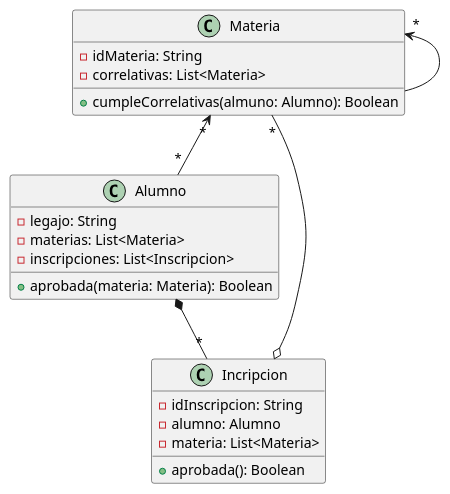
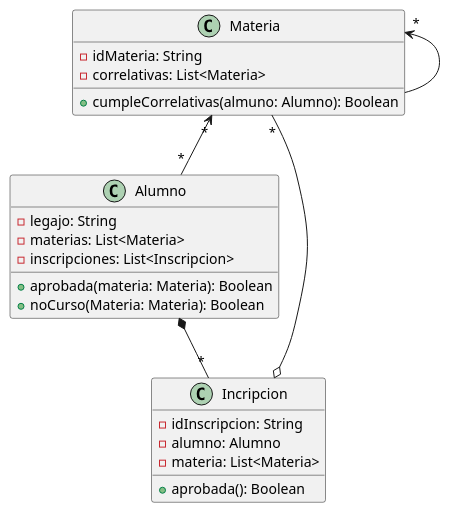
Before and after one commit to BrunoRodriguezzz/ValidadorCorrelativas: the diagram in src/main/java/domain/Class.puml, drawn with PlantUML. The commit also changed 1 other file, not shown here.

```diff
--- a/src/main/java/domain/Class.puml
+++ b/src/main/java/domain/Class.puml
@@ -1,32 +1,33 @@
 @startuml
 'https://plantuml.com/class-diagram
 
 class Materia
 class Alumno
 class Incripcion
 
 Alumno  *-- "*" Incripcion
 Materia "*" <-- "*" Alumno
 Materia "*" --o Incripcion
 Materia "*" <-- Materia
 
 class Materia {
 -idMateria: String
 -correlativas: List<Materia>
 +cumpleCorrelativas(almuno: Alumno): Boolean
 }
 
 class Alumno {
 -legajo: String
 -materias: List<Materia>
 -inscripciones: List<Inscripcion>
 +aprobada(materia: Materia): Boolean
++noCurso(Materia: Materia): Boolean
 }
 
 class Incripcion {
 -idInscripcion: String
 -alumno: Alumno
 -materia: List<Materia>
 +aprobada(): Boolean
 }
 @enduml
```
